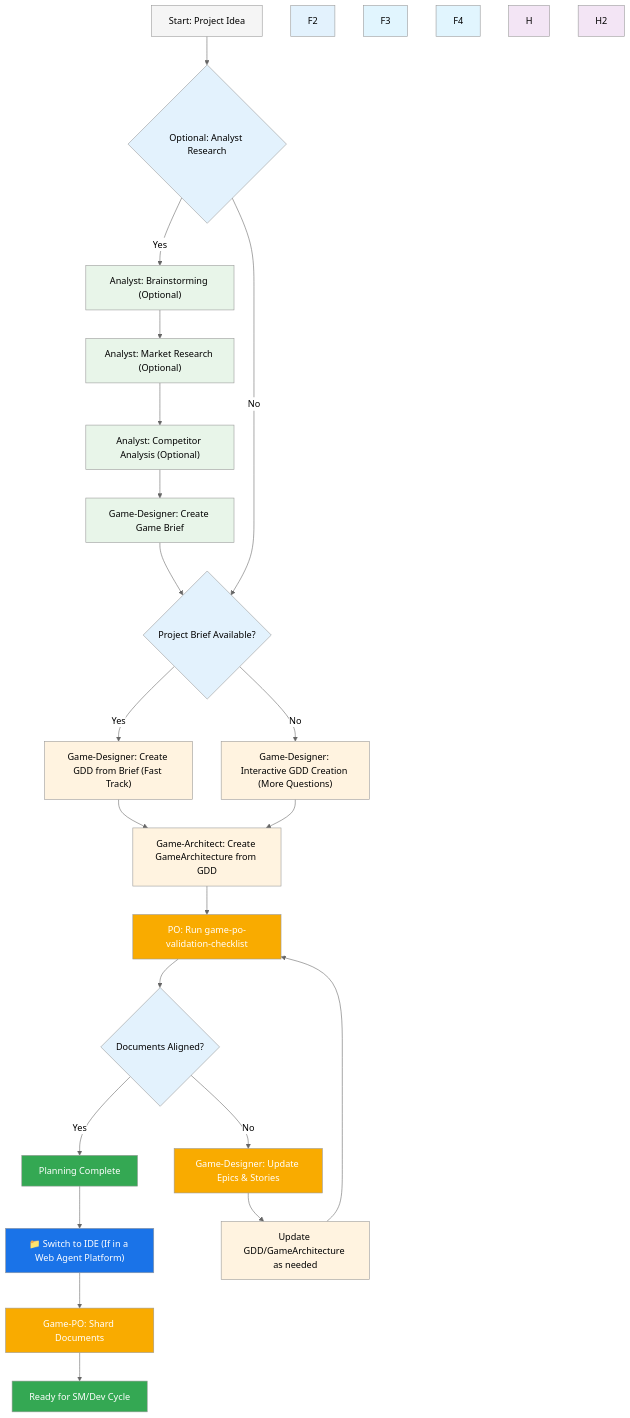
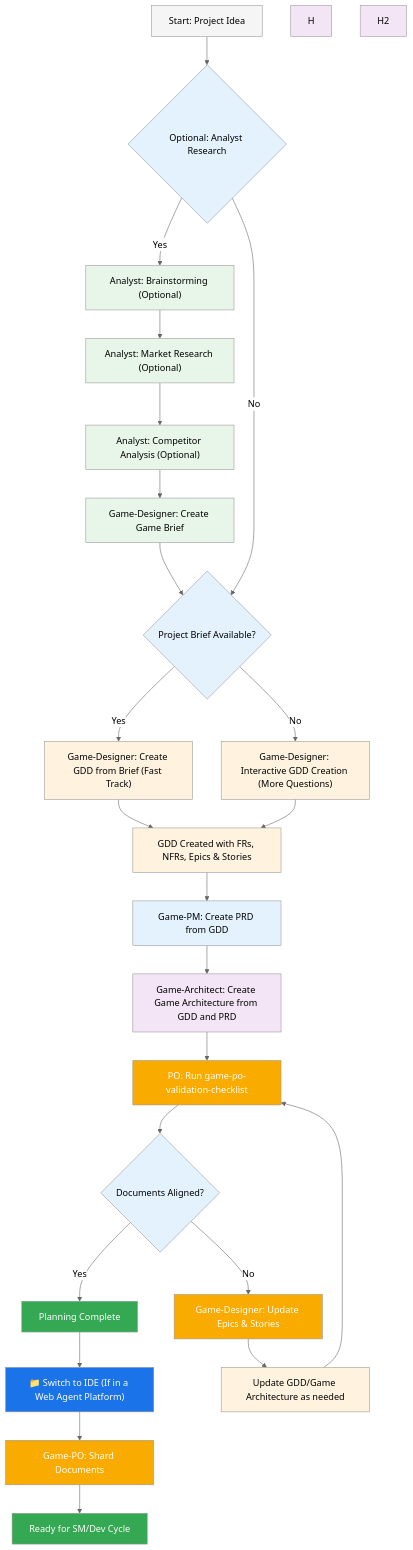
One commit to bmad-code-org/BMAD-METHOD changed the first of 2 diagrams in expansion-packs/bmad-godot-game-dev/README.md. Above: the diagram before and after it, drawn with Mermaid (neutral theme). The commit also changed 12 other files, not shown here.

````diff
--- a/expansion-packs/bmad-godot-game-dev/README.md
+++ b/expansion-packs/bmad-godot-game-dev/README.md
@@ -14,47 +14,48 @@
 ```mermaid
 graph TD
     A["Start: Project Idea"] --> B{"Optional: Analyst Research"}
     B -->|Yes| C["Analyst: Brainstorming (Optional)"]
     B -->|No| G{"Project Brief Available?"}
     C --> C2["Analyst: Market Research (Optional)"]
     C2 --> C3["Analyst: Competitor Analysis (Optional)"]
     C3 --> D["Game-Designer: Create Game Brief"]
     D --> G
     G -->|Yes| E["Game-Designer: Create GDD from Brief (Fast Track)"]
     G -->|No| E2["Game-Designer: Interactive GDD Creation (More Questions)"]
     E --> F["GDD Created with FRs, NFRs, Epics & Stories"]
     E2 --> F
-    F["Game-Architect: Create GameArchitecture from GDD"] --> I["PO: Run game-po-validation-checklist"]
+    F --> F2["Game-PM: Create PRD from GDD"]
+    F2 --> F3["Game-Architect: Create Game Architecture from GDD and PRD"]
+    F3 --> I["PO: Run game-po-validation-checklist"]
     I --> J{"Documents Aligned?"}
     J -->|Yes| K["Planning Complete"]
     J -->|No| L["Game-Designer: Update Epics & Stories"]
-    L --> M["Update GDD/GameArchitecture as needed"]
+    L --> M["Update GDD/Game Architecture as needed"]
     M --> I
     K --> N["📁 Switch to IDE (If in a Web Agent Platform)"]
     N --> O["Game-PO: Shard Documents"]
     O --> P["Ready for SM/Dev Cycle"]
 
     style A fill:#f5f5f5,color:#000
     style B fill:#e3f2fd,color:#000
     style C fill:#e8f5e9,color:#000
     style C2 fill:#e8f5e9,color:#000
     style C3 fill:#e8f5e9,color:#000
     style D fill:#e8f5e9,color:#000
     style E fill:#fff3e0,color:#000
     style E2 fill:#fff3e0,color:#000
     style F fill:#fff3e0,color:#000
     style F2 fill:#e3f2fd,color:#000
-    style F3 fill:#e1f5fe,color:#000
-    style F4 fill:#e1f5fe,color:#000
+    style F3 fill:#f3e5f5,color:#000
     style G fill:#e3f2fd,color:#000
     style H fill:#f3e5f5,color:#000
     style H2 fill:#f3e5f5,color:#000
     style I fill:#f9ab00,color:#fff
     style J fill:#e3f2fd,color:#000
     style K fill:#34a853,color:#fff
     style L fill:#f9ab00,color:#fff
     style M fill:#fff3e0,color:#000
     style N fill:#1a73e8,color:#fff
     style O fill:#f9ab00,color:#fff
     style P fill:#34a853,color:#fff
 ```
````
